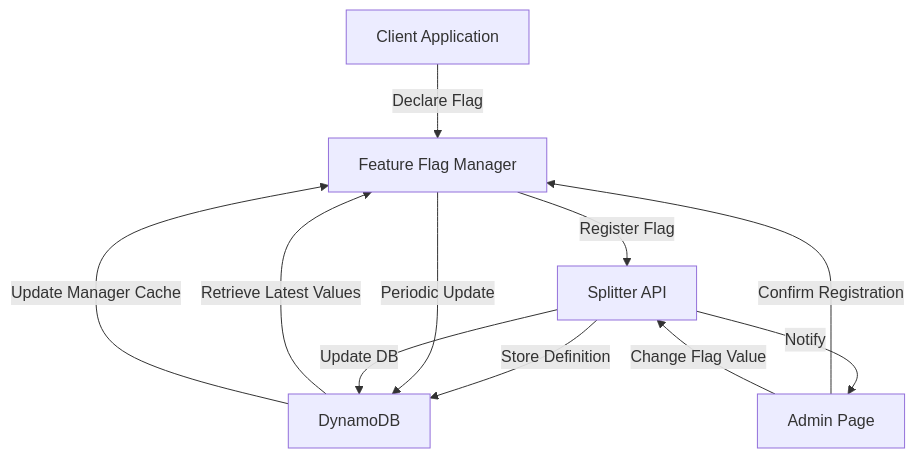
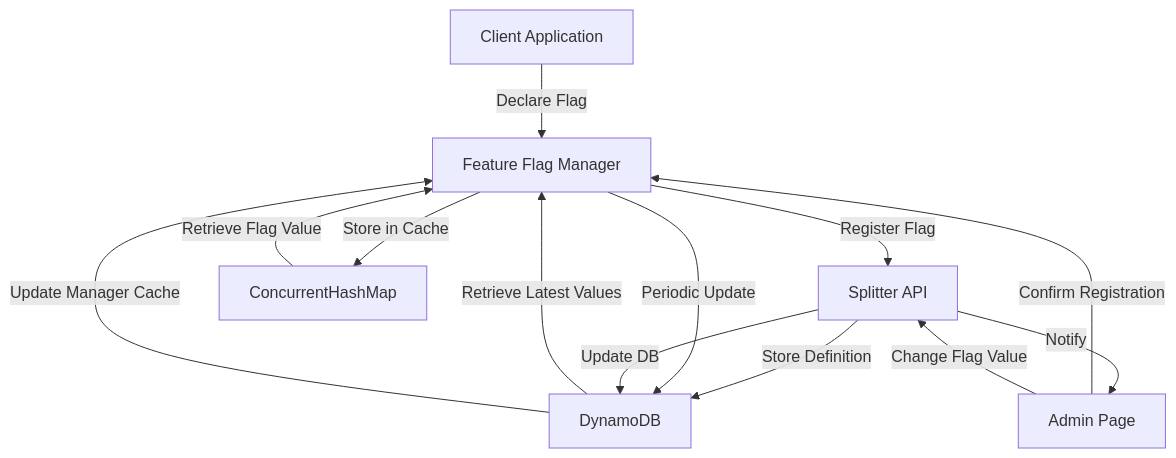
Before and after one commit to yeokyeong-yoon/yeokyeong-yoon.github.io: the first of 3 diagrams in _posts/2025-03-15-feature-flag-system.md, drawn with Mermaid.

Commit message:
Improve diagram

````diff
--- a/_posts/2025-03-15-feature-flag-system.md
+++ b/_posts/2025-03-15-feature-flag-system.md
@@ -89,13 +89,15 @@
 ```mermaid
 graph TD
     Client[Client Application] -->|Declare Flag| Manager[Feature Flag Manager]
     Manager -->|Register Flag| Splitter[Splitter API]
     Splitter -->|Store Definition| DB[DynamoDB]
     Splitter -->|Notify| Admin[Admin Page]
     Admin -->|Confirm Registration| Manager
     Manager -->|Periodic Update| DB
     DB -->|Retrieve Latest Values| Manager
     Admin -->|Change Flag Value| Splitter
     Splitter -->|Update DB| DB
     DB -->|Update Manager Cache| Manager
+    Manager -->|Store in Cache| Cache[ConcurrentHashMap]
+    Cache -->|Retrieve Flag Value| Manager
 ```
````
